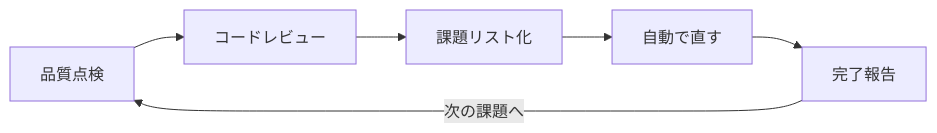
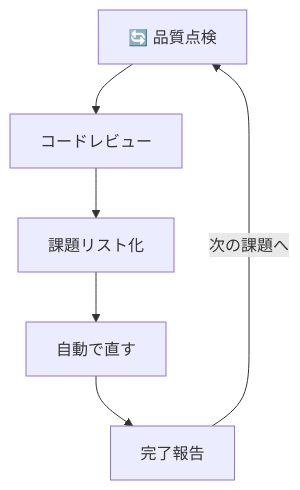
Before and after one commit to fukukei23/cc-stories-guide: the diagram in source/010_dev-cycleと呼ぶと開発のサイクルが一巡する話.md, drawn with Mermaid. The commit also changed 20 other files, not shown here.

Commit message:
fix: MLR採用6件(話数抽出H1優先で重複・ゼロ埋めバッジ修正/CSS fallback/010縦図/012 subgraph/013ラベル具体化)

````diff
--- a/source/010_dev-cycleと呼ぶと開発のサイクルが一巡する話.md
+++ b/source/010_dev-cycleと呼ぶと開発のサイクルが一巡する話.md
@@ -11,8 +11,8 @@
 ```mermaid
-flowchart LR
-    A["品質点検"] --> B["コードレビュー"]
+flowchart TB
+    A["🔄 品質点検"] --> B["コードレビュー"]
     B --> C["課題リスト化"]
     C --> D["自動で直す"]
     D --> E["完了報告"]
     E -->|"次の課題へ"| A
 ```
````
